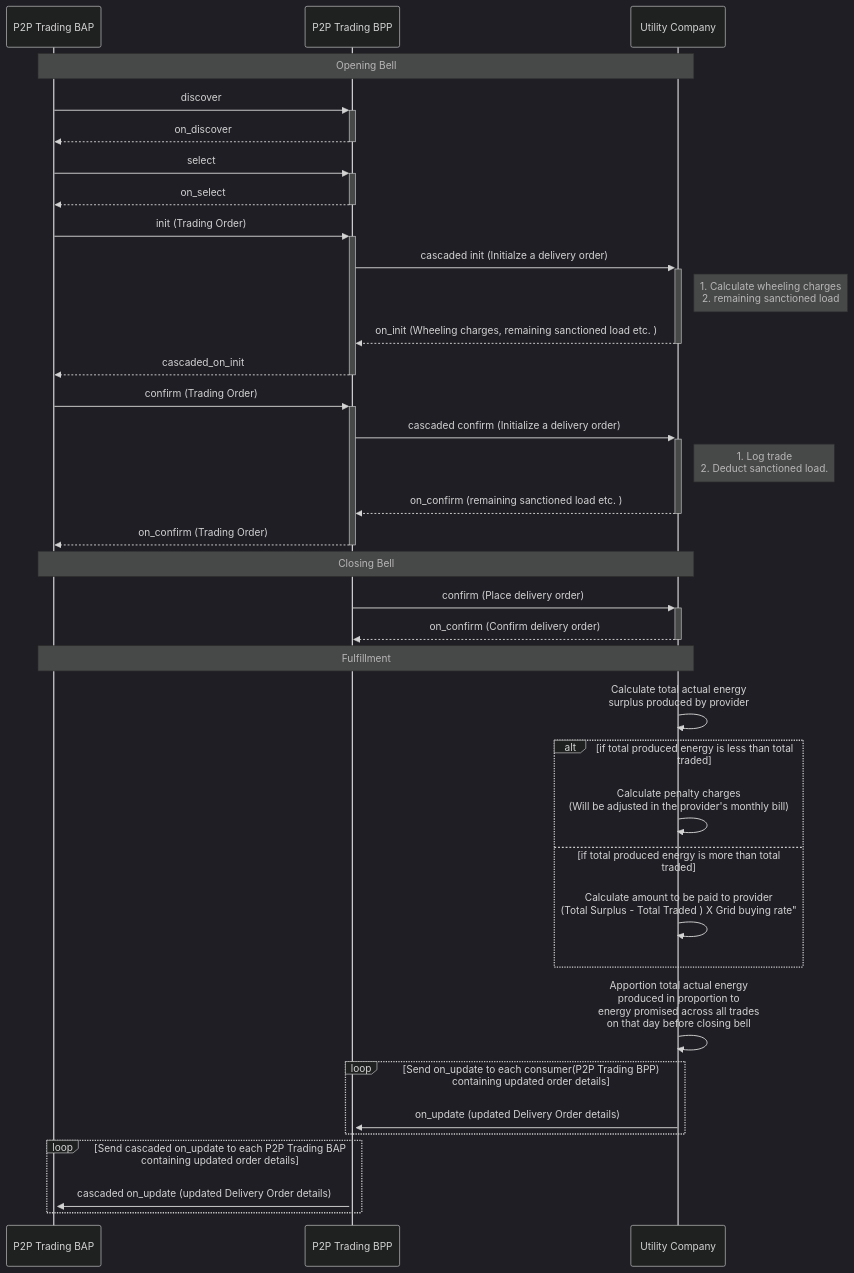
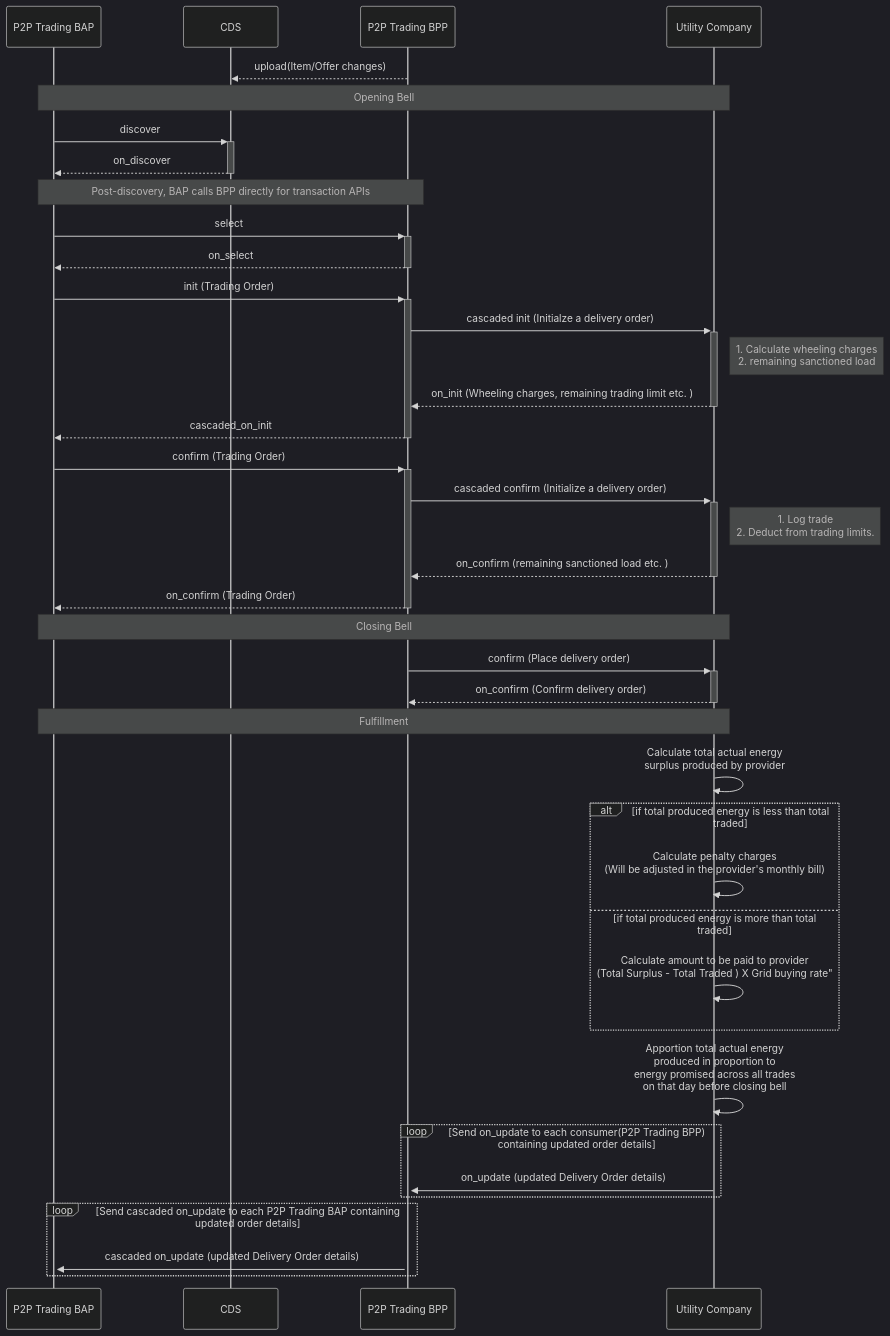
One commit to Beckn-One/DEG changed the first of 2 diagrams in docs/implementation-guides/v2/P2P_Trading/P2P_Trading_implementation_guide_draft.md. Above: the diagram before and after it, drawn with Mermaid (dark theme). The commit also changed other lines of this file, not shown here.

Commit message:
fix merge conflicts. Reword introduction & sequence diagram.

````diff
--- a/docs/implementation-guides/v2/P2P_Trading/P2P_Trading_implementation_guide_draft.md
+++ b/docs/implementation-guides/v2/P2P_Trading/P2P_Trading_implementation_guide_draft.md
@@ -136,42 +143,44 @@
 ```mermaid
 sequenceDiagram
     participant P2P Trading BAP
+    participant CDS
     participant P2P Trading BPP
     participant Utility Company
+    P2P Trading BPP-->>CDS: upload(Item/Offer changes)
     Note over P2P Trading BAP, Utility Company: Opening Bell
-    P2P Trading BAP->>+P2P Trading BPP: discover
-    P2P Trading BPP-->>-P2P Trading BAP: on_discover
-
+    P2P Trading BAP->>+CDS: discover
+    CDS-->>-P2P Trading BAP: on_discover
+    Note over P2P Trading BAP, P2P Trading BPP: Post-discovery, BAP calls BPP directly for transaction APIs
     P2P Trading BAP->>+P2P Trading BPP: select
     P2P Trading BPP-->>-P2P Trading BAP: on_select
 
     P2P Trading BAP->>+P2P Trading BPP: init (Trading Order)
     P2P Trading BPP->>+Utility Company: cascaded init (Initialze a delivery order)
       Note right of Utility Company: 1. Calculate wheeling charges<br/>2. remaining sanctioned load
-    Utility Company-->>-P2P Trading BPP: on_init (Wheeling charges, remaining sanctioned load etc. )
+    Utility Company-->>-P2P Trading BPP: on_init (Wheeling charges, remaining trading limit etc. )
     P2P Trading BPP-->>-P2P Trading BAP: cascaded_on_init
 
     P2P Trading BAP->>+P2P Trading BPP: confirm (Trading Order)
     P2P Trading BPP->>+Utility Company: cascaded confirm (Initialize a delivery order)
-      Note right of Utility Company: 1. Log trade<br/>2. Deduct sanctioned load.
+      Note right of Utility Company: 1. Log trade<br/>2. Deduct from trading limits.
     Utility Company-->>-P2P Trading BPP: on_confirm (remaining sanctioned load etc. )
     P2P Trading BPP-->>-P2P Trading BAP: on_confirm (Trading Order)
     Note over P2P Trading BAP, Utility Company: Closing Bell
     P2P Trading BPP->>+Utility Company: confirm (Place delivery order)
     Utility Company-->>-P2P Trading BPP: on_confirm (Confirm delivery order)
 
     Note over P2P Trading BAP, Utility Company: Fulfillment
      Utility Company->> Utility Company: Calculate total actual energy <br> surplus produced by provider
     alt if total produced energy is less than total traded
         Utility Company->> Utility Company: Calculate penalty charges <br> (Will be adjusted in the provider's monthly bill)
     else if total produced energy is more than total traded
         Utility Company->> Utility Company: Calculate amount to be paid to provider <br> (Total Surplus - Total Traded ) X Grid buying rate"
     end
     Utility Company->> Utility Company: Apportion total actual energy <br> produced in proportion to <br> energy promised across all trades <br> on that day before closing bell
     loop Send on_update to each consumer(P2P Trading BPP) containing updated order details
         Utility Company->>+P2P Trading BPP: on_update (updated Delivery Order details)
     end
     loop Send cascaded on_update to each P2P Trading BAP containing updated order details
        P2P Trading BPP->>+P2P Trading BAP: cascaded on_update (updated Delivery Order details)
     end
 ```
````
